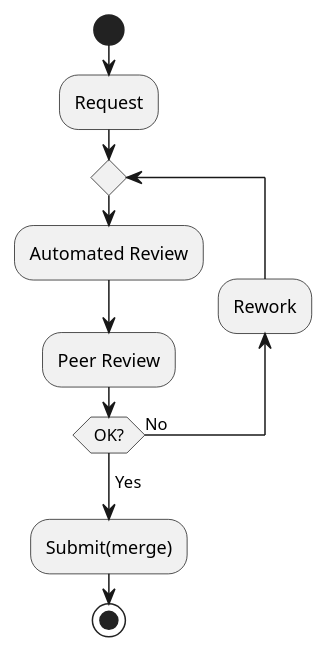
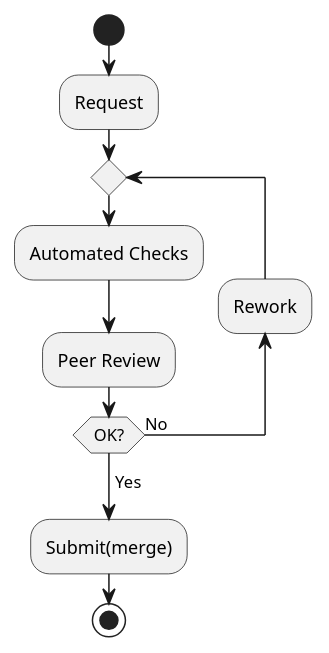
One commit to SAP/styleguides changed the diagram in abap-code-review/src/introduction.adoc. Above: the diagram before and after it, drawn with PlantUML.

Commit message:
Automated Review --> Checks

```diff
--- a/abap-code-review/src/introduction.adoc
+++ b/abap-code-review/src/introduction.adoc
@@ -19,17 +19,17 @@
 [plantuml,activity,svg,align="center"]
 ....
 @startuml
 skinparam monochrome true
 
 start
 :Request;
 repeat
-  :Automated Review;
+  :Automated Checks;
   :Peer Review;
 backward:Rework;
 repeat while (OK?) is (No)
 ->Yes;
 :Submit(merge);
 stop
 @enduml
 ....
```
